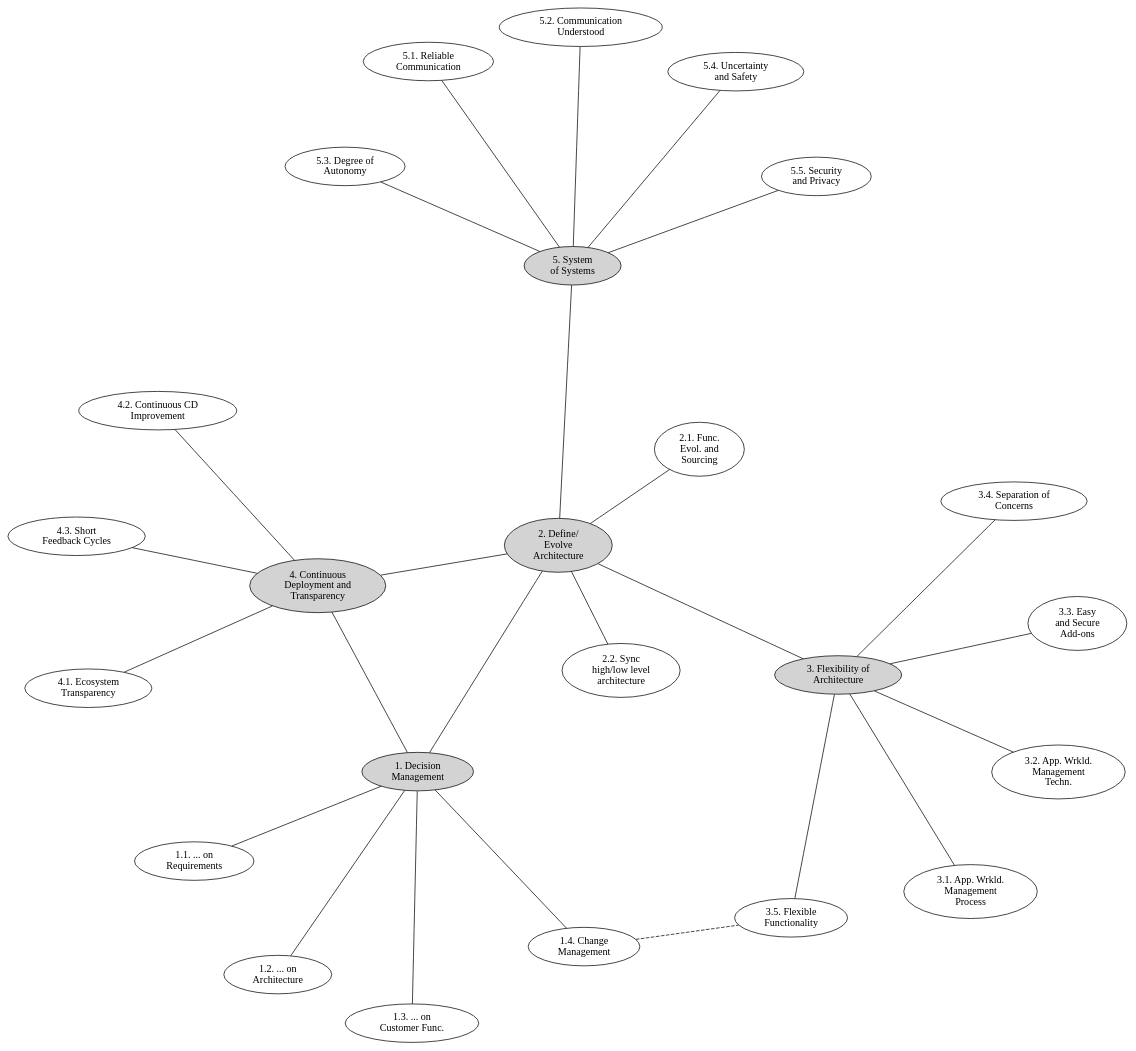
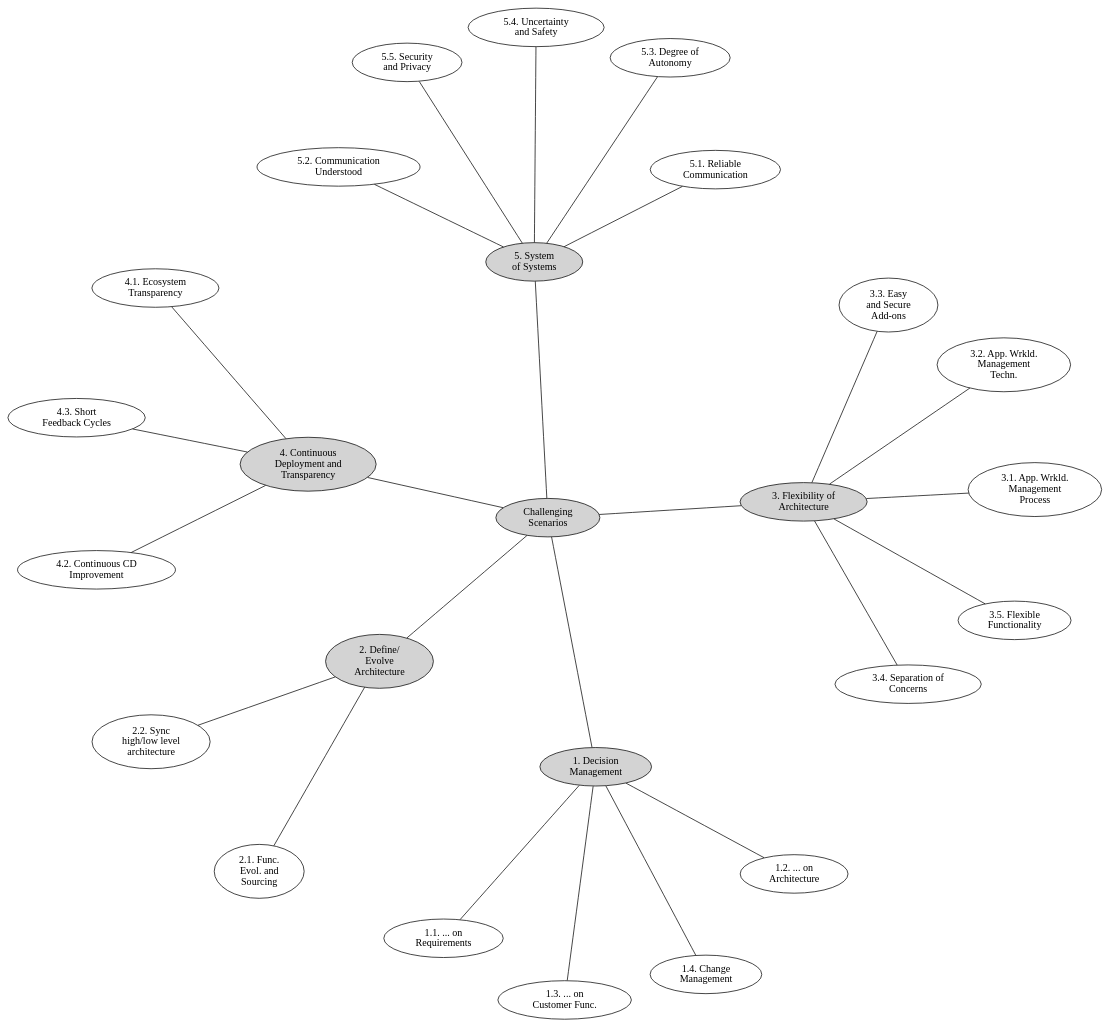
One commit to PatrizioPelliccione/WasaJournal changed the diagram in figures/use_cases.dot. Above: the diagram before and after it, drawn with Graphviz. The commit also changed 1 other file, not shown here.

Commit message:
Changed the scenario overview to use a central root node.
No "extra" dependency edges, just a tree.

```diff
--- a/figures/use_cases.dot
+++ b/figures/use_cases.dot
@@ -1,82 +1,79 @@
 graph UseCases {
   layout=neato;
   overlap=false;
+  splines=true;
 
   {
     node [style=filled];
+    node [label="Challenging\nScenarios"] root;
     node [label="1. Decision\nManagement"] s1;
     node [label="2. Define/\nEvolve\nArchitecture"] s2;
     node [label="3. Flexibility of\nArchitecture"] s3;
     node [label="4. Continuous\nDeployment and\nTransparency"] s4;
     node [label="5. System\nof Systems"] sos;
 
-  s2 -- s1;
-  s2 -- s3;
-  s2 -- s4;
-  s4 -- s1;
-  s2 -- sos;
+    root -- s1;
+    root -- s2;
+    root -- s3;
+    root -- s4;
+    root -- sos;
   }
 
   { // 1.*
     node [label="1.1. ... on\nRequirements"] s11;
     node [label="1.2. ... on\nArchitecture"] s12;
     node [label="1.3. ... on\nCustomer Func."] s13;
     node [label="1.4. Change\nManagement"] s14;
 
     s1 -- s11;
     s1 -- s12;
     s1 -- s13;
     s1 -- s14;
   }
 
   { // 2.*
     node [label="2.1. Func.\nEvol. and\nSourcing"] s21;
     node [label="2.2. Sync\nhigh/low level\narchitecture"] s22;
 
     s2 -- s21;
     s2 -- s22;
   }
 
   { // 3.*
     node [label="3.1. App. Wrkld.\nManagement\nProcess"] s31;
     node [label="3.2. App. Wrkld.\nManagement\nTechn."] s32;
     node [label="3.3. Easy\nand Secure\nAdd-ons"] s33;
     node [label="3.4. Separation of\nConcerns"] s34;
     node [label="3.5. Flexible\nFunctionality"] s35;
 
     s3 -- s31;
     s3 -- s32;
     s3 -- s33;
     s3 -- s34;
     s3 -- s35;
   }
 
   { // 4.*
     node [label="4.1. Ecosystem\nTransparency"] s41;
     node [label="4.2. Continuous CD\nImprovement"] s42;
     node [label="4.3. Short\nFeedback Cycles"] s43;
 
     s4 -- s41;
     s4 -- s42;
     s4 -- s43;
   }
 
   { // 5.*
     node [label="5.1. Reliable\nCommunication"] sos1;
     node [label="5.2. Communication\nUnderstood"] sos2;
     node [label="5.3. Degree of\nAutonomy"] sos3;
     node [label="5.4. Uncertainty\nand Safety"] sos4;
     node [label="5.5. Security\nand Privacy"] sos5;
 
     sos -- sos1;
     sos -- sos2;
     sos -- sos3;
     sos -- sos4;
     sos -- sos5;
   }
-
-  {
-    edge [style=dashed];
-    s14 -- s35;
-  }
 }
```
